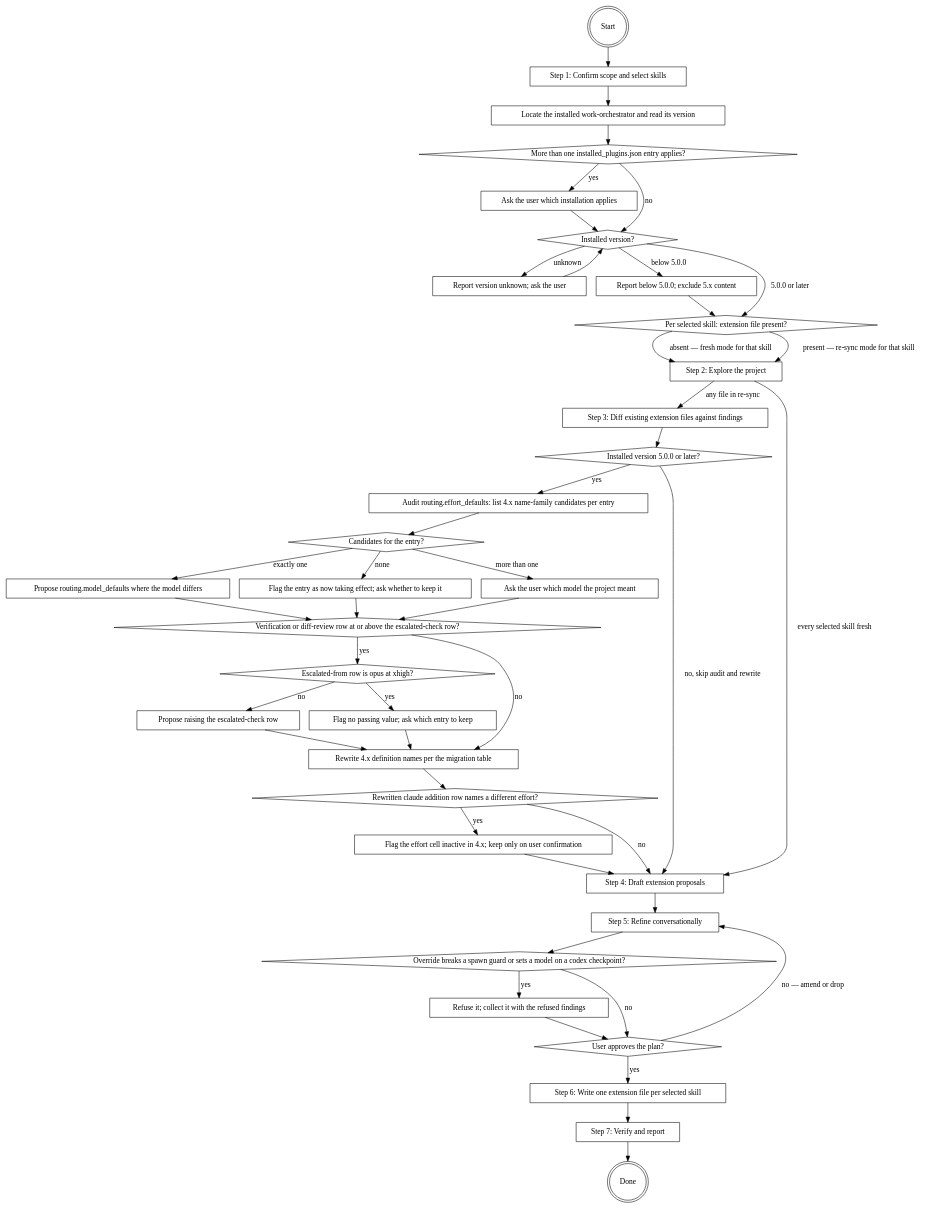
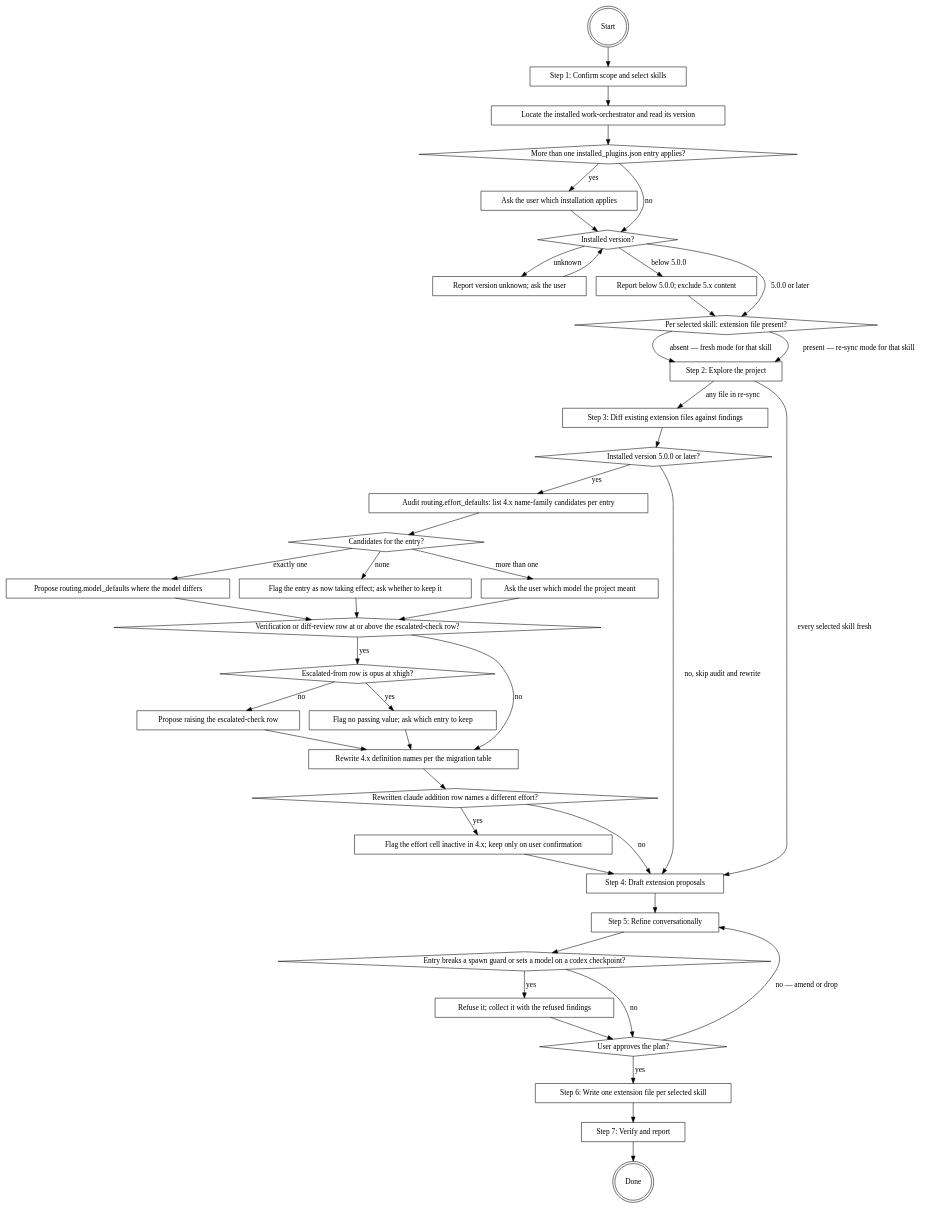
The diagram in plugins/work-orchestrator-extension-setup/skills/setting-up-work-orchestrator-extension/SKILL.md (it-bens/ai-tools), drawn with Graphviz before and after one commit. The commit also changed other lines of this file, not shown here.

First line of the commit message:
fix(work-orchestrator-extension-setup): align quoted routing with the GPT-6 parent

````diff
--- a/plugins/work-orchestrator-extension-setup/skills/setting-up-work-orchestrator-extension/SKILL.md
+++ b/plugins/work-orchestrator-extension-setup/skills/setting-up-work-orchestrator-extension/SKILL.md
@@ -13,77 +13,77 @@
 ```dot
 digraph setting_up {
     "Start" [shape=doublecircle];
     "Step 1: Confirm scope and select skills" [shape=box];
     "Locate the installed work-orchestrator and read its version" [shape=box];
     "More than one installed_plugins.json entry applies?" [shape=diamond];
     "Ask the user which installation applies" [shape=box];
     "Installed version?" [shape=diamond];
     "Report version unknown; ask the user" [shape=box];
     "Report below 5.0.0; exclude 5.x content" [shape=box];
     "Per selected skill: extension file present?" [shape=diamond];
     "Step 2: Explore the project" [shape=box];
     "Step 3: Diff existing extension files against findings" [shape=box];
     "Installed version 5.0.0 or later?" [shape=diamond];
     "Audit routing.effort_defaults: list 4.x name-family candidates per entry" [shape=box];
     "Candidates for the entry?" [shape=diamond];
     "Propose routing.model_defaults where the model differs" [shape=box];
     "Flag the entry as now taking effect; ask whether to keep it" [shape=box];
     "Ask the user which model the project meant" [shape=box];
     "Verification or diff-review row at or above the escalated-check row?" [shape=diamond];
     "Escalated-from row is opus at xhigh?" [shape=diamond];
     "Propose raising the escalated-check row" [shape=box];
     "Flag no passing value; ask which entry to keep" [shape=box];
     "Rewrite 4.x definition names per the migration table" [shape=box];
     "Rewritten claude addition row names a different effort?" [shape=diamond];
     "Flag the effort cell inactive in 4.x; keep only on user confirmation" [shape=box];
     "Step 4: Draft extension proposals" [shape=box];
     "Step 5: Refine conversationally" [shape=box];
-    "Override breaks a spawn guard or sets a model on a codex checkpoint?" [shape=diamond];
+    "Entry breaks a spawn guard or sets a model on a codex checkpoint?" [shape=diamond];
     "Refuse it; collect it with the refused findings" [shape=box];
     "User approves the plan?" [shape=diamond];
     "Step 6: Write one extension file per selected skill" [shape=box];
     "Step 7: Verify and report" [shape=box];
     "Done" [shape=doublecircle];
 
     "Start" -> "Step 1: Confirm scope and select skills" -> "Locate the installed work-orchestrator and read its version" -> "More than one installed_plugins.json entry applies?";
     "More than one installed_plugins.json entry applies?" -> "Ask the user which installation applies" [label="yes"];
     "More than one installed_plugins.json entry applies?" -> "Installed version?" [label="no"];
     "Ask the user which installation applies" -> "Installed version?";
     "Installed version?" -> "Report version unknown; ask the user" [label="unknown"];
     "Report version unknown; ask the user" -> "Installed version?";
     "Installed version?" -> "Report below 5.0.0; exclude 5.x content" [label="below 5.0.0"];
     "Installed version?" -> "Per selected skill: extension file present?" [label="5.0.0 or later"];
     "Report below 5.0.0; exclude 5.x content" -> "Per selected skill: extension file present?";
     "Per selected skill: extension file present?" -> "Step 2: Explore the project" [label="absent — fresh mode for that skill"];
     "Per selected skill: extension file present?" -> "Step 2: Explore the project" [label="present — re-sync mode for that skill"];
     "Step 2: Explore the project" -> "Step 4: Draft extension proposals" [label="every selected skill fresh"];
     "Step 2: Explore the project" -> "Step 3: Diff existing extension files against findings" [label="any file in re-sync"];
     "Step 3: Diff existing extension files against findings" -> "Installed version 5.0.0 or later?";
     "Installed version 5.0.0 or later?" -> "Audit routing.effort_defaults: list 4.x name-family candidates per entry" [label="yes"];
     "Installed version 5.0.0 or later?" -> "Step 4: Draft extension proposals" [label="no, skip audit and rewrite"];
     "Audit routing.effort_defaults: list 4.x name-family candidates per entry" -> "Candidates for the entry?";
     "Candidates for the entry?" -> "Propose routing.model_defaults where the model differs" [label="exactly one"];
     "Candidates for the entry?" -> "Flag the entry as now taking effect; ask whether to keep it" [label="none"];
     "Candidates for the entry?" -> "Ask the user which model the project meant" [label="more than one"];
     "Propose routing.model_defaults where the model differs" -> "Verification or diff-review row at or above the escalated-check row?";
     "Flag the entry as now taking effect; ask whether to keep it" -> "Verification or diff-review row at or above the escalated-check row?";
     "Ask the user which model the project meant" -> "Verification or diff-review row at or above the escalated-check row?";
     "Verification or diff-review row at or above the escalated-check row?" -> "Escalated-from row is opus at xhigh?" [label="yes"];
     "Verification or diff-review row at or above the escalated-check row?" -> "Rewrite 4.x definition names per the migration table" [label="no"];
     "Escalated-from row is opus at xhigh?" -> "Propose raising the escalated-check row" [label="no"];
     "Escalated-from row is opus at xhigh?" -> "Flag no passing value; ask which entry to keep" [label="yes"];
     "Propose raising the escalated-check row" -> "Rewrite 4.x definition names per the migration table";
     "Flag no passing value; ask which entry to keep" -> "Rewrite 4.x definition names per the migration table";
     "Rewrite 4.x definition names per the migration table" -> "Rewritten claude addition row names a different effort?";
     "Rewritten claude addition row names a different effort?" -> "Flag the effort cell inactive in 4.x; keep only on user confirmation" [label="yes"];
     "Rewritten claude addition row names a different effort?" -> "Step 4: Draft extension proposals" [label="no"];
     "Flag the effort cell inactive in 4.x; keep only on user confirmation" -> "Step 4: Draft extension proposals";
-    "Step 4: Draft extension proposals" -> "Step 5: Refine conversationally" -> "Override breaks a spawn guard or sets a model on a codex checkpoint?";
-    "Override breaks a spawn guard or sets a model on a codex checkpoint?" -> "Refuse it; collect it with the refused findings" [label="yes"];
-    "Override breaks a spawn guard or sets a model on a codex checkpoint?" -> "User approves the plan?" [label="no"];
+    "Step 4: Draft extension proposals" -> "Step 5: Refine conversationally" -> "Entry breaks a spawn guard or sets a model on a codex checkpoint?";
+    "Entry breaks a spawn guard or sets a model on a codex checkpoint?" -> "Refuse it; collect it with the refused findings" [label="yes"];
+    "Entry breaks a spawn guard or sets a model on a codex checkpoint?" -> "User approves the plan?" [label="no"];
     "Refuse it; collect it with the refused findings" -> "User approves the plan?";
     "User approves the plan?" -> "Step 5: Refine conversationally" [label="no — amend or drop"];
     "User approves the plan?" -> "Step 6: Write one extension file per selected skill" [label="yes"];
     "Step 6: Write one extension file per selected skill" -> "Step 7: Verify and report" -> "Done";
 }
 ```
````
